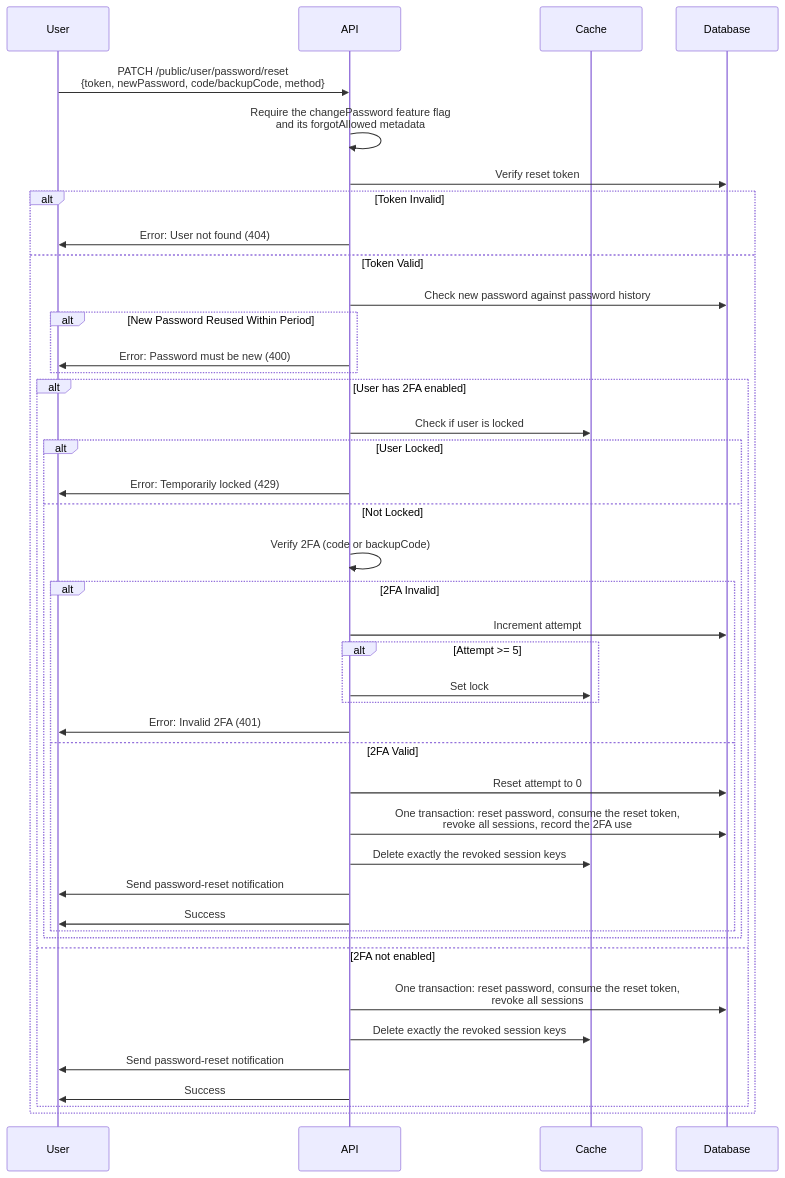
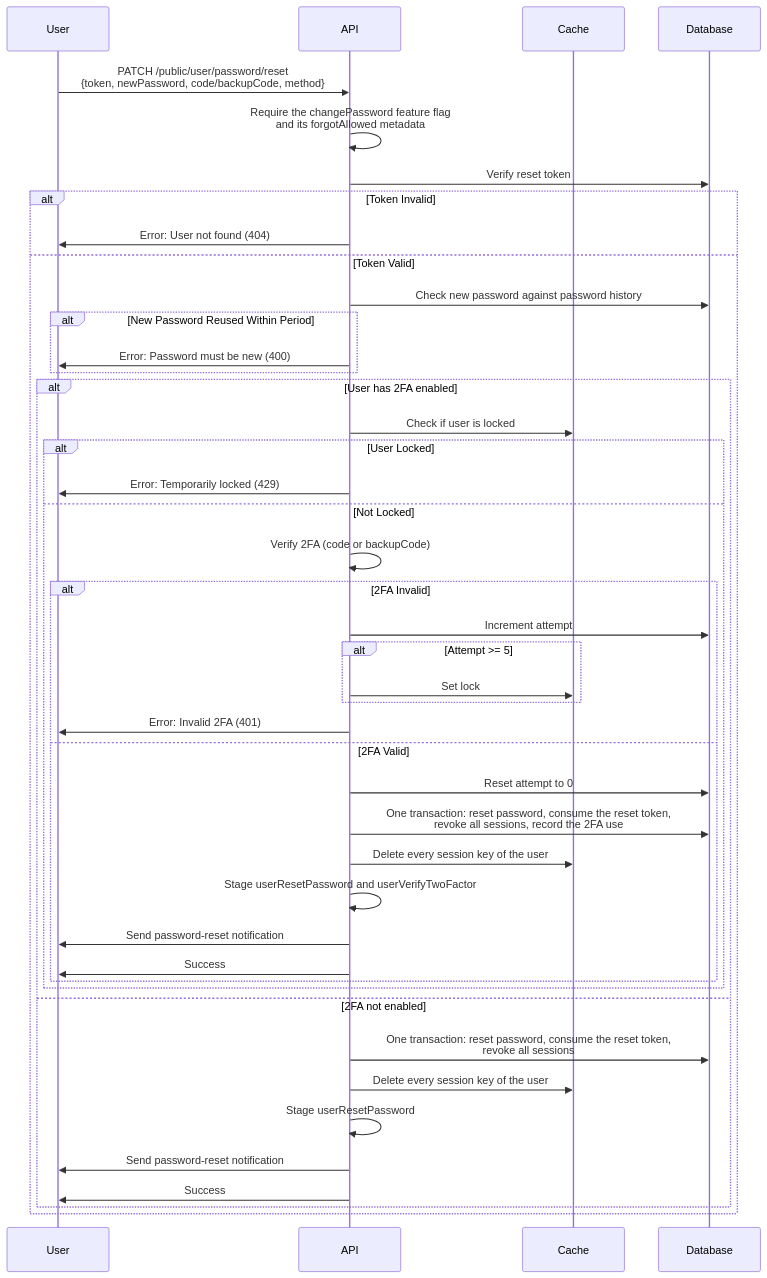
One commit to andrechristikan/ack-nestjs-boilerplate changed the eighth of 9 diagrams in docs/two-factor.md. Above: the diagram before and after it, drawn with Mermaid. The commit also changed other lines of this file and 141 other files, not shown here.

````diff
--- a/docs/two-factor.md
+++ b/docs/two-factor.md
@@ -464,45 +481,47 @@
 ```mermaid
 sequenceDiagram
     participant User
     participant API
     participant Cache
     participant Database
 
     User->>API: PATCH /public/user/password/reset<br/>{token, newPassword, code/backupCode, method}
     API->>API: Require the changePassword feature flag<br/>and its forgotAllowed metadata
     API->>Database: Verify reset token
     alt Token Invalid
         API->>User: Error: User not found (404)
     else Token Valid
         API->>Database: Check new password against password history
         alt New Password Reused Within Period
             API->>User: Error: Password must be new (400)
         end
         alt User has 2FA enabled
             API->>Cache: Check if user is locked
             alt User Locked
                 API->>User: Error: Temporarily locked (429)
             else Not Locked
                 API->>API: Verify 2FA (code or backupCode)
                 alt 2FA Invalid
                     API->>Database: Increment attempt
                     alt Attempt >= 5
                         API->>Cache: Set lock
                     end
                     API->>User: Error: Invalid 2FA (401)
                 else 2FA Valid
                     API->>Database: Reset attempt to 0
                     API->>Database: One transaction: reset password, consume the reset token,<br/>revoke all sessions, record the 2FA use
-                    API->>Cache: Delete exactly the revoked session keys
+                    API->>Cache: Delete every session key of the user
+                    API->>API: Stage userResetPassword and userVerifyTwoFactor
                     API->>User: Send password-reset notification
                     API->>User: Success
                 end
             end
         else 2FA not enabled
             API->>Database: One transaction: reset password, consume the reset token,<br/>revoke all sessions
-            API->>Cache: Delete exactly the revoked session keys
+            API->>Cache: Delete every session key of the user
+            API->>API: Stage userResetPassword
             API->>User: Send password-reset notification
             API->>User: Success
         end
     end
 ```
````
